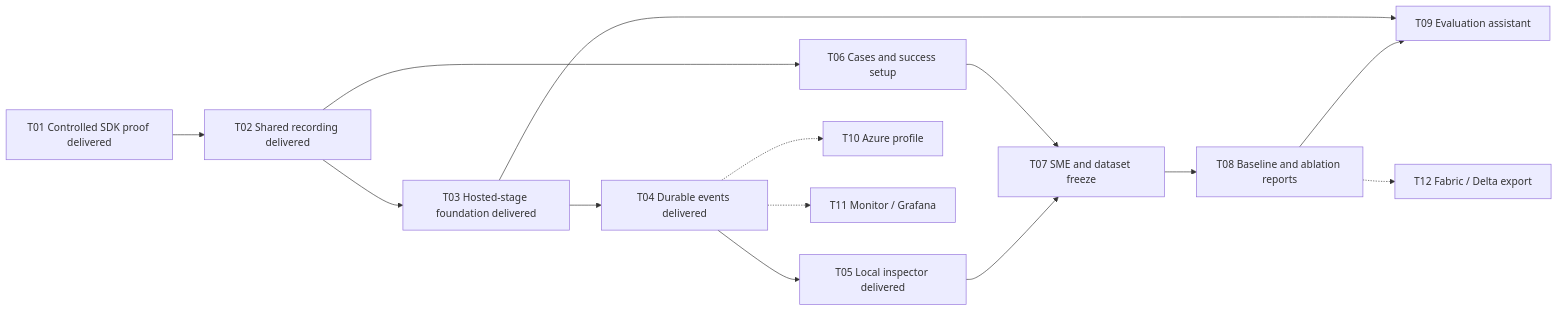
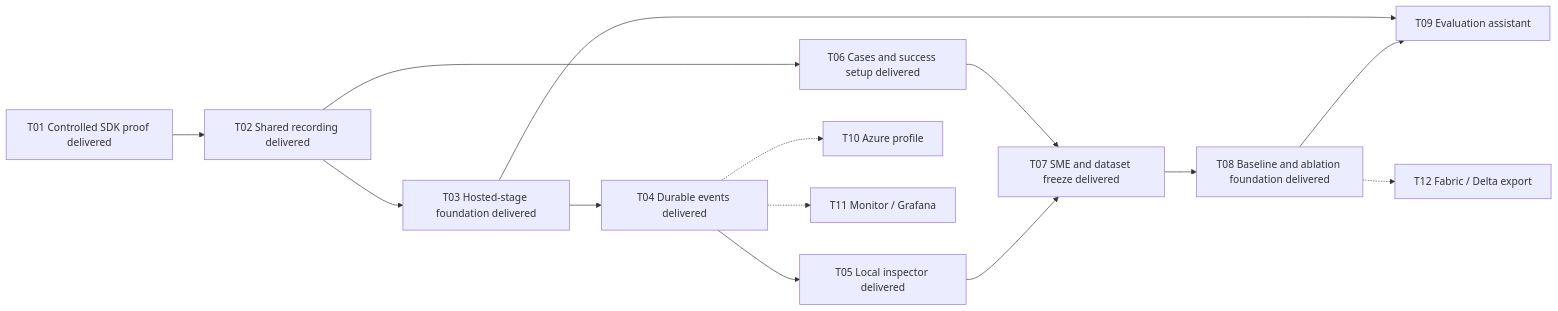
Before and after one commit to niksacdev/rove: the diagram in docs/product/implementation-plan.md, drawn with Mermaid. The commit also changed other lines of this file and 52 other files, not shown here.

Commit message:
Add versioned customer cases, reviews and baseline comparisons (#18)

````diff
--- a/docs/product/implementation-plan.md
+++ b/docs/product/implementation-plan.md
@@ -61,16 +64,16 @@
 ```mermaid
 flowchart LR
     A["T01 Controlled SDK proof delivered"] --> B["T02 Shared recording delivered"]
     B --> C["T03 Hosted-stage foundation delivered"]
     C --> D["T04 Durable events delivered"]
     D --> E["T05 Local inspector delivered"]
-    B --> F["T06 Cases and success setup"]
-    E --> G["T07 SME and dataset freeze"]
+    B --> F["T06 Cases and success setup delivered"]
+    E --> G["T07 SME and dataset freeze delivered"]
     F --> G
-    G --> H["T08 Baseline and ablation reports"]
+    G --> H["T08 Baseline and ablation foundation delivered"]
     H --> I["T09 Evaluation assistant"]
     C --> I
     D -.-> J["T10 Azure profile"]
     D -.-> K["T11 Monitor / Grafana"]
     H -.-> L["T12 Fabric / Delta export"]
 ```
````
